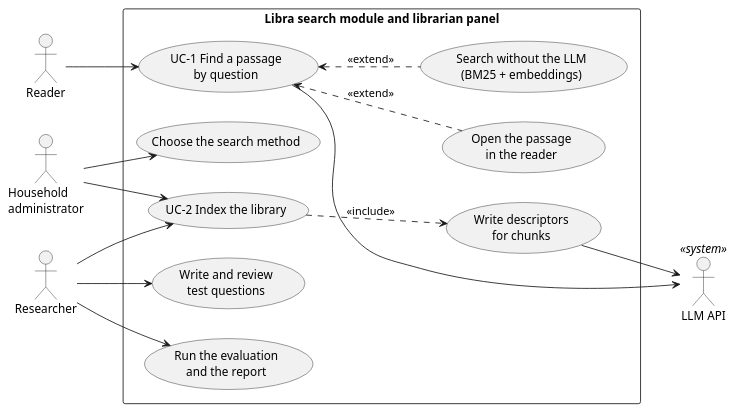
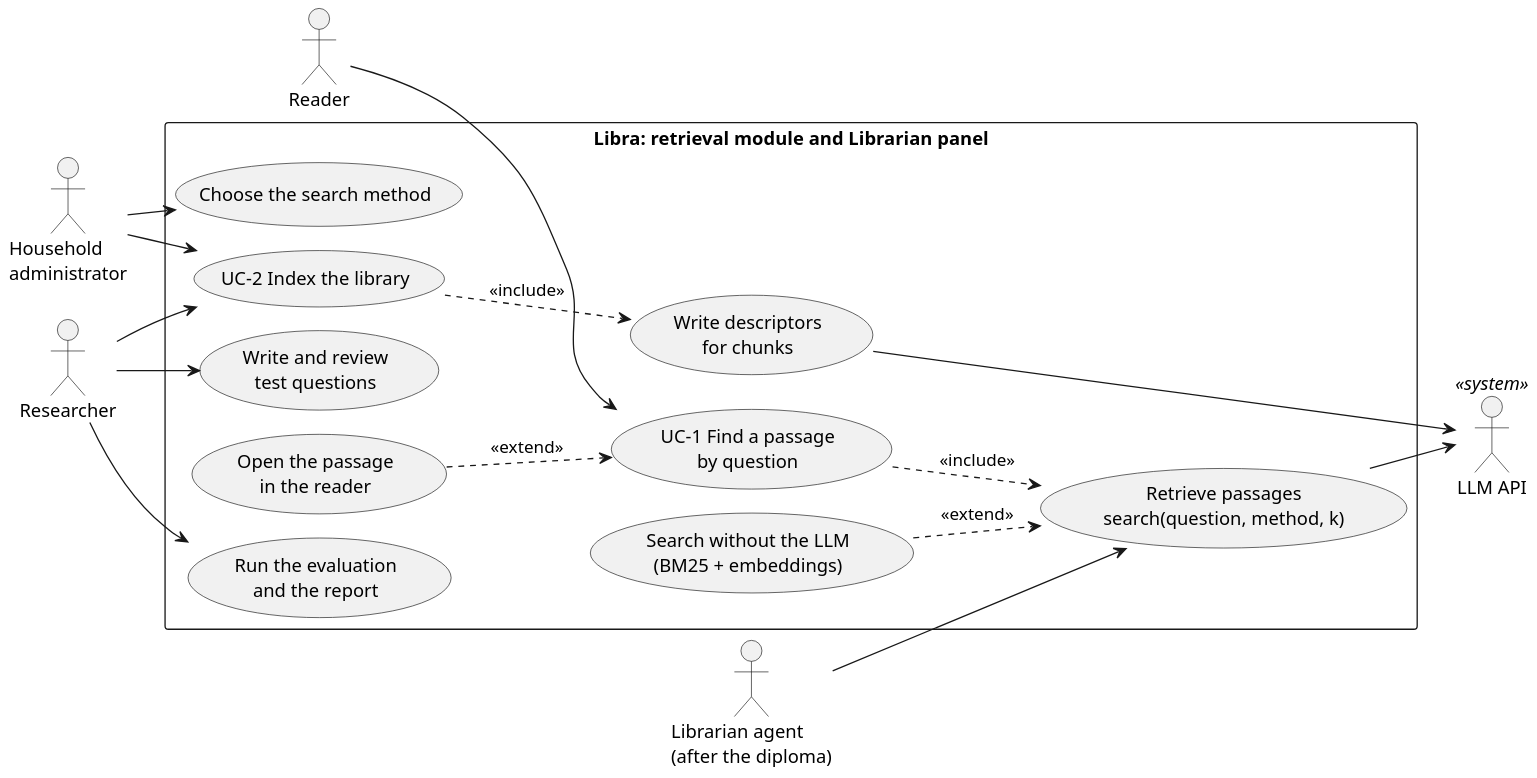
One commit to eugene-chekan/libra changed the diagram in docs/ba/diagrams/use-cases.puml. Above: the diagram before and after it, drawn with PlantUML. The commit also changed 13 other files, not shown here.

First line of the commit message:
docs: render the BA diagrams and draw the influence/interest matrix

```diff
--- a/docs/ba/diagrams/use-cases.puml
+++ b/docs/ba/diagrams/use-cases.puml
@@ -1,34 +1,42 @@
 @startuml use-cases
-' Use case diagram of the new search module. Save the render as use-cases.png here.
+' Use case diagram of the Librarian's retrieval layer (section 2.6 of ba.md).
+' The Librarian agent comes after the diploma; it is drawn to show that it
+' will use the same retrieval call as the panel (US-3.4).
+!pragma layout smetana
 left to right direction
 skinparam shadowing false
 skinparam defaultFontName Arial
+skinparam dpi 150
 
 actor Reader
 actor "Household\nadministrator" as Admin
 actor Researcher
+actor "Librarian agent\n(after the diploma)" as Agent
 actor "LLM API" as LLM <<system>>
 
-rectangle "Libra search module and librarian panel" {
+rectangle "Libra: retrieval module and Librarian panel" {
   usecase "UC-1 Find a passage\nby question" as UC1
+  usecase "Retrieve passages\nsearch(question, method, k)" as Retrieve
   usecase "Open the passage\nin the reader" as Open
   usecase "Search without the LLM\n(BM25 + embeddings)" as Fallback
   usecase "UC-2 Index the library" as UC2
   usecase "Write descriptors\nfor chunks" as Describe
   usecase "Choose the search method" as Method
   usecase "Write and review\ntest questions" as Questions
   usecase "Run the evaluation\nand the report" as Eval
 }
 
 Reader --> UC1
-UC1 <.. Open : <<extend>>
-UC1 <.. Fallback : <<extend>>
+UC1 ..> Retrieve : <<include>>
+Open ..> UC1 : <<extend>>
+Fallback ..> Retrieve : <<extend>>
+Agent --> Retrieve
 Admin --> UC2
 Admin --> Method
 UC2 ..> Describe : <<include>>
 Researcher --> UC2
 Researcher --> Questions
 Researcher --> Eval
-UC1 --> LLM
+Retrieve --> LLM
 Describe --> LLM
 @enduml
```
